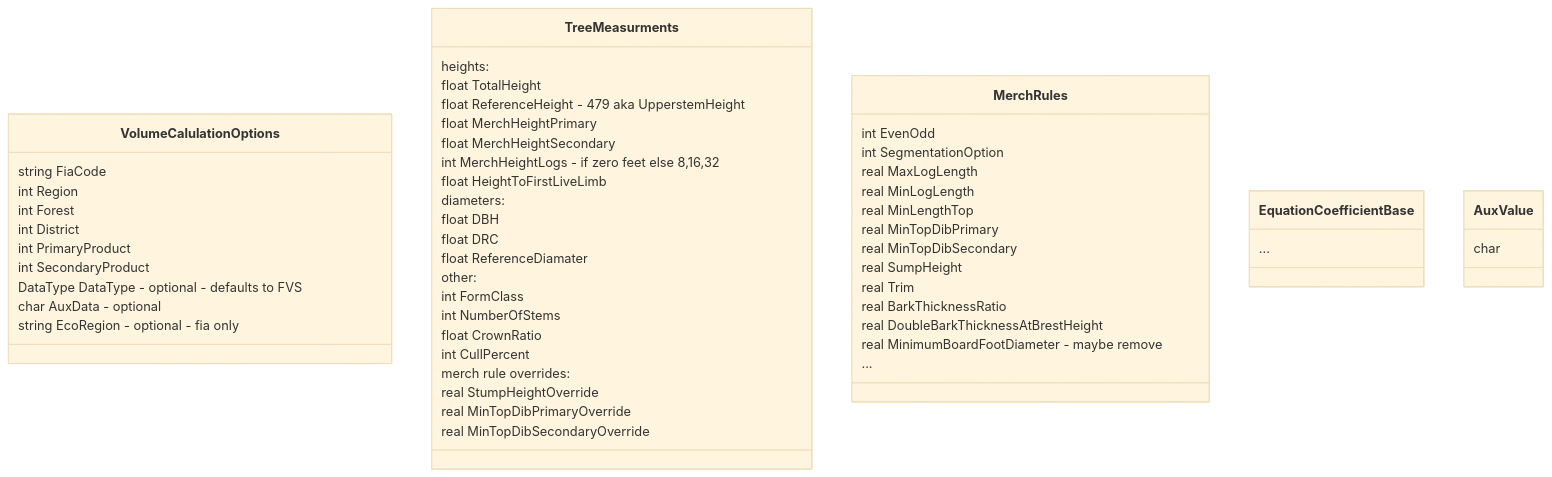
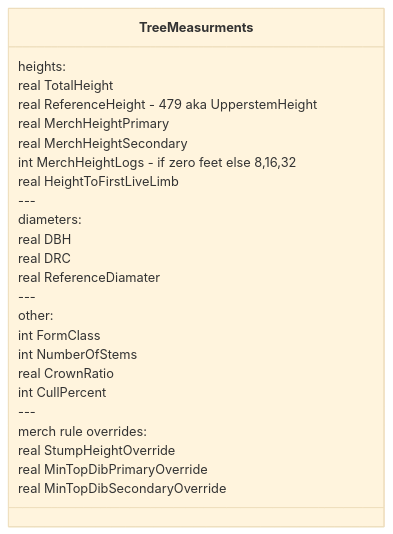
Before and after one commit to FMSC-Measurements/VolumeLibrary: the sixth of 7 diagrams in docs/NewVolLibPlanning/VolumeCalulationFlow.md, drawn with Mermaid (base theme). The commit also changed other lines of this file and 1 other file, not shown here.

Commit message:
update planning docs

````diff
--- a/docs/NewVolLibPlanning/VolumeCalulationFlow.md
+++ b/docs/NewVolLibPlanning/VolumeCalulationFlow.md
@@ -80,82 +139,30 @@
-``` mermaid
+```mermaid
+classDiagram
+    class TreeMeasurments {
+        heights:
+        real TotalHeight
+        real ReferenceHeight - 479 aka UpperstemHeight
+        real MerchHeightPrimary
+        real MerchHeightSecondary
+        int MerchHeightLogs - if zero feet else 8,16,32
+        real HeightToFirstLiveLimb
+        
 ---
-  config:
-    class:
-      hideEmptyMembersBox: true
+        diameters:
+        real DBH
+        real DRC
+        real ReferenceDiamater
 ---
-classDiagram
-
-
-    class VolumeCalulationOptions {
-        string FiaCode
- 
-        int Region
-        int Forest
-        int District
-        int PrimaryProduct
-        int SecondaryProduct
-        DataType DataType - optional - defaults to FVS
-        char AuxData - optional 
-        string EcoRegion - optional - fia only
-    }
-
-    class TreeMeasurments {
-        
-        
-        heights:
-        float TotalHeight
-        float ReferenceHeight - 479 aka UpperstemHeight
-        float MerchHeightPrimary
-        float MerchHeightSecondary
-        int MerchHeightLogs - if zero feet else 8,16,32
-        float HeightToFirstLiveLimb
-        
-
-        diameters:
-        float DBH
-        float DRC
-        float ReferenceDiamater
-
         other:
         int FormClass
         int NumberOfStems
-        float CrownRatio
+        real CrownRatio
         int CullPercent
-
+---
         merch rule overrides:
         real StumpHeightOverride
         real MinTopDibPrimaryOverride
         real MinTopDibSecondaryOverride
     }
 
-
-
-
-
-    class MerchRules {
-        int EvenOdd
-        int SegmentationOption
-        real MaxLogLength
-        real MinLogLength
-        real MinLengthTop
-        real MinTopDibPrimary
-        real MinTopDibSecondary
-
-        real SumpHeight
-        real Trim
-        real BarkThicknessRatio
-        real DoubleBarkThicknessAtBrestHeight
-        real MinimumBoardFootDiameter - maybe remove
-        ...
-    }
-
-    class EquationCoefficientBase {
-        ...
-    }
-
-
-    class AuxValue {
-
-        char 
-    }
 ```
````
